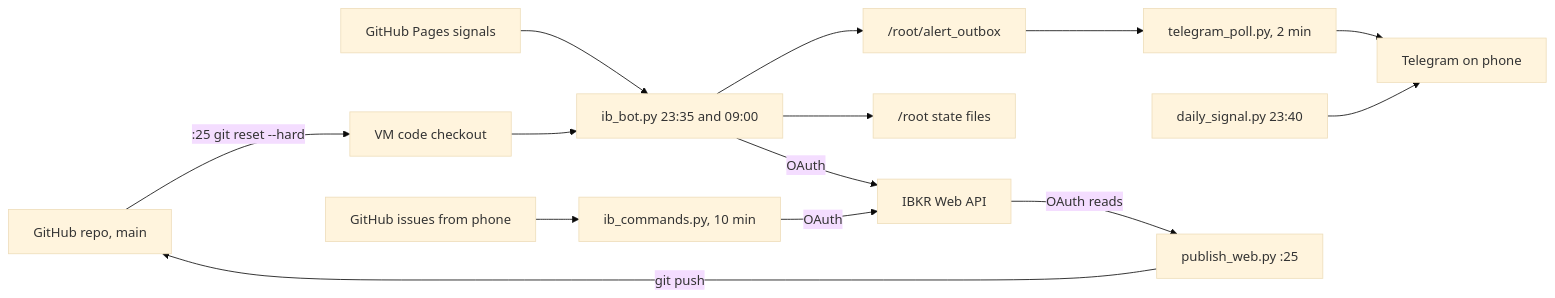
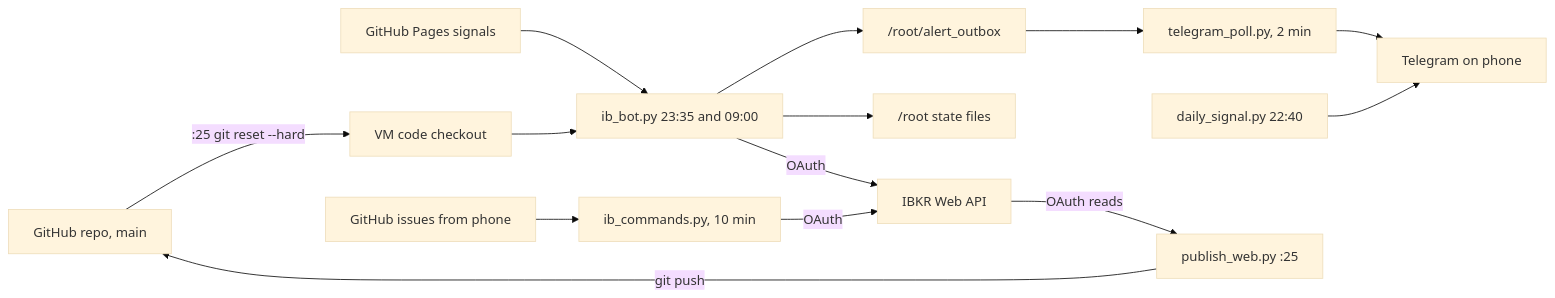
Before and after one commit to btctree/multi-product-signals: diagram 14 of 20 in WIKI.md, drawn with Mermaid (base theme). The commit also changed other lines of this file and 5 other files, not shown here.

````diff
--- a/WIKI.md
+++ b/WIKI.md
@@ -2149,16 +2453,16 @@
 ```mermaid
 flowchart LR
   GH["GitHub repo, main"] -->|":25 git reset --hard"| CO["VM code checkout"]
   PAGES["GitHub Pages signals"] --> BOT["ib_bot.py 23:35 and 09:00"]
   CO --> BOT
   BOT -->|"OAuth"| IB["IBKR Web API"]
   BOT --> FILES["/root state files"]
   BOT --> OUT["/root/alert_outbox"]
   OUT --> POLL["telegram_poll.py, 2 min"]
   POLL --> TG["Telegram on phone"]
-  DIG["daily_signal.py 23:40"] --> TG
+  DIG["daily_signal.py 22:40"] --> TG
   ISS["GitHub issues from phone"] --> CMD["ib_commands.py, 10 min"]
   CMD -->|"OAuth"| IB
   IB -->|"OAuth reads"| PUB["publish_web.py :25"]
   PUB -->|"git push"| GH
 ```
````
